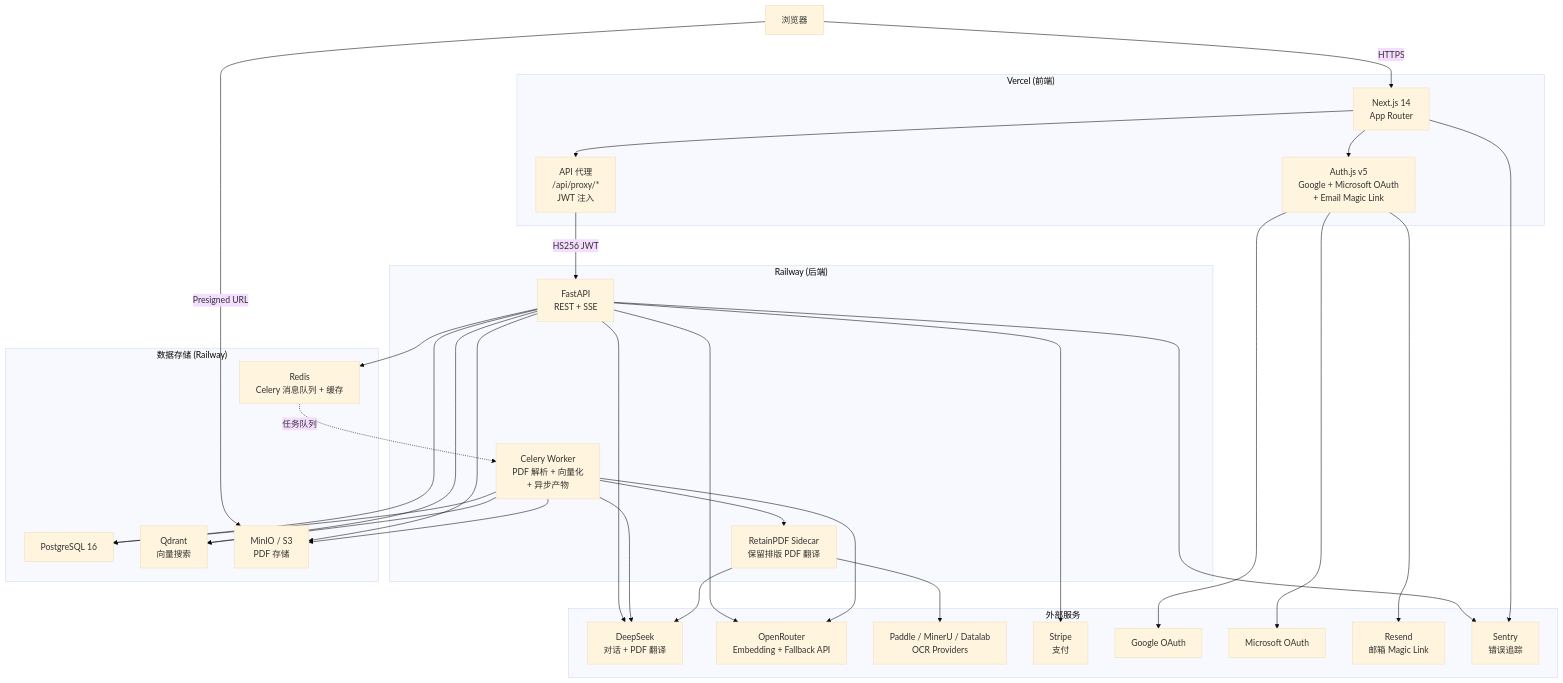
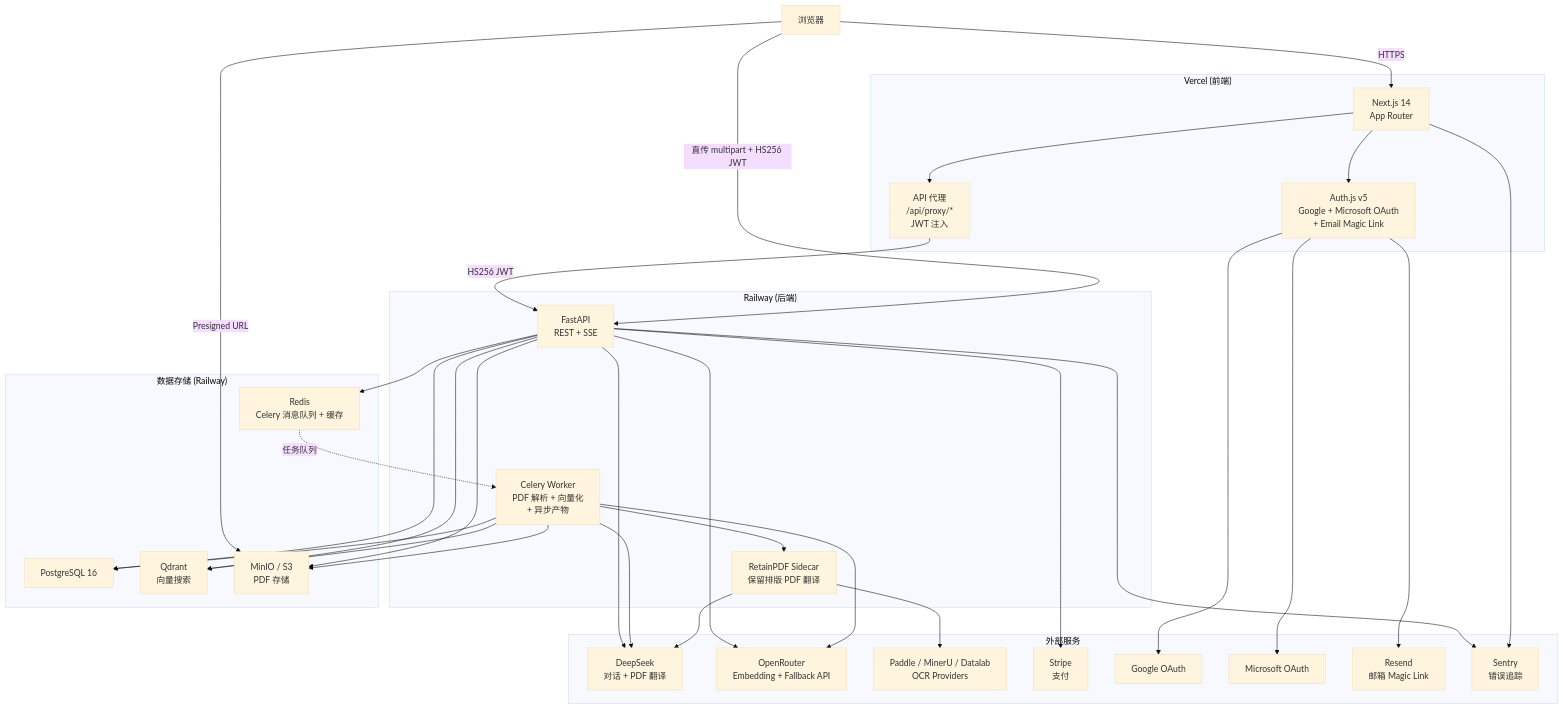
Before and after one commit to Rswcf/DocTalk: the first of 10 diagrams in docs/ARCHITECTURE.zh.md, drawn with Mermaid (base theme). The commit also changed other lines of this file and 16 other files, not shown here.

````diff
--- a/docs/ARCHITECTURE.zh.md
+++ b/docs/ARCHITECTURE.zh.md
@@ -11,61 +11,62 @@
 ```mermaid
 graph TB
     Browser["浏览器"]
 
     subgraph Vercel["Vercel (前端)"]
         NextJS["Next.js 14<br/>App Router"]
         AuthJS["Auth.js v5<br/>Google + Microsoft OAuth<br/>+ Email Magic Link"]
         Proxy["API 代理<br/>/api/proxy/*<br/>JWT 注入"]
     end
 
     subgraph Railway["Railway (后端)"]
         FastAPI["FastAPI<br/>REST + SSE"]
         Celery["Celery Worker<br/>PDF 解析 + 向量化<br/>+ 异步产物"]
         RetainPDF["RetainPDF Sidecar<br/>保留排版 PDF 翻译"]
     end
 
     subgraph DataStores["数据存储 (Railway)"]
         PG["PostgreSQL 16"]
         Qdrant["Qdrant<br/>向量搜索"]
         Redis["Redis<br/>Celery 消息队列 + 缓存"]
         MinIO["MinIO / S3<br/>PDF 存储"]
     end
 
     subgraph External["外部服务"]
         DeepSeek["DeepSeek<br/>对话 + PDF 翻译"]
         OpenRouter["OpenRouter<br/>Embedding + Fallback API"]
         OCRProviders["Paddle / MinerU / Datalab<br/>OCR Providers"]
         Stripe["Stripe<br/>支付"]
         Google["Google OAuth"]
         Microsoft["Microsoft OAuth"]
         Resend["Resend<br/>邮箱 Magic Link"]
         Sentry["Sentry<br/>错误追踪"]
     end
 
     Browser -->|HTTPS| NextJS
     NextJS --> AuthJS
     NextJS --> Proxy
     Proxy -->|HS256 JWT| FastAPI
+    Browser -->|直传 multipart + HS256 JWT| FastAPI
     FastAPI --> PG
     FastAPI --> Qdrant
     FastAPI --> Redis
     FastAPI --> MinIO
     FastAPI --> DeepSeek
     FastAPI --> OpenRouter
     FastAPI --> Stripe
     Celery --> PG
     Celery --> Qdrant
     Celery --> MinIO
     Celery --> RetainPDF
     Celery --> DeepSeek
     Celery --> OpenRouter
     RetainPDF --> OCRProviders
     RetainPDF --> DeepSeek
     Redis -.->|任务队列| Celery
     AuthJS --> Google
     AuthJS --> Microsoft
     AuthJS --> Resend
     FastAPI --> Sentry
     NextJS --> Sentry
     Browser -->|Presigned URL| MinIO
 ```
````
